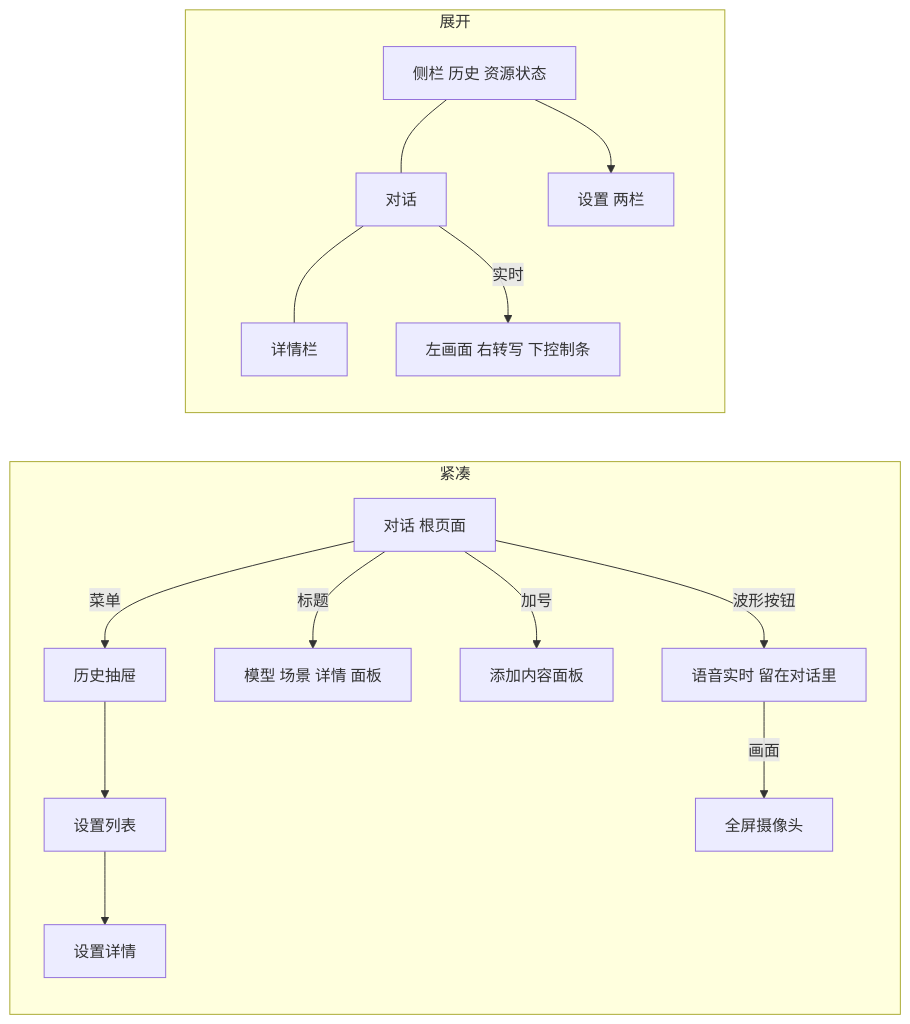
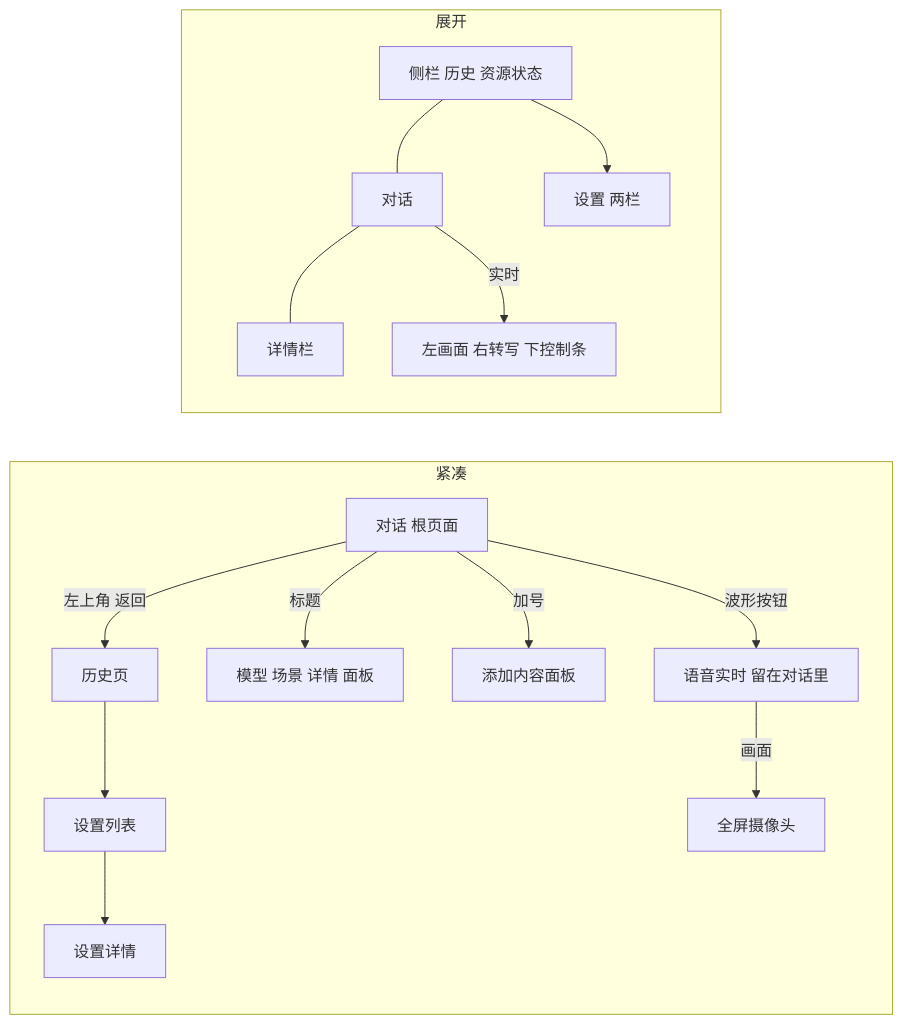
One commit to IceblueSakura/minicpm-design changed the second of 3 diagrams in docs/03-structure.md. Above: the diagram before and after it, drawn with Mermaid. The commit also changed other lines of this file and 13 other files, not shown here.

````diff
--- a/docs/03-structure.md
+++ b/docs/03-structure.md
@@ -53,17 +93,17 @@
 ```mermaid
 flowchart LR
   subgraph 紧凑
-    C1[对话 根页面] -->|菜单| C2[历史抽屉]
+    C1[对话 根页面] -->|左上角 返回| C2[历史页]
     C2 --> C3[设置列表] --> C4[设置详情]
     C1 -->|标题| C5[模型 场景 详情 面板]
     C1 -->|加号| C6[添加内容面板]
     C1 -->|波形按钮| C7[语音实时 留在对话里]
     C7 -->|画面| C8[全屏摄像头]
   end
   subgraph 展开
     D1[侧栏 历史 资源状态] --- D2[对话]
     D2 --- D3[详情栏]
     D2 -->|实时| D4[左画面 右转写 下控制条]
     D1 --> D5[设置 两栏]
   end
 ```
````
